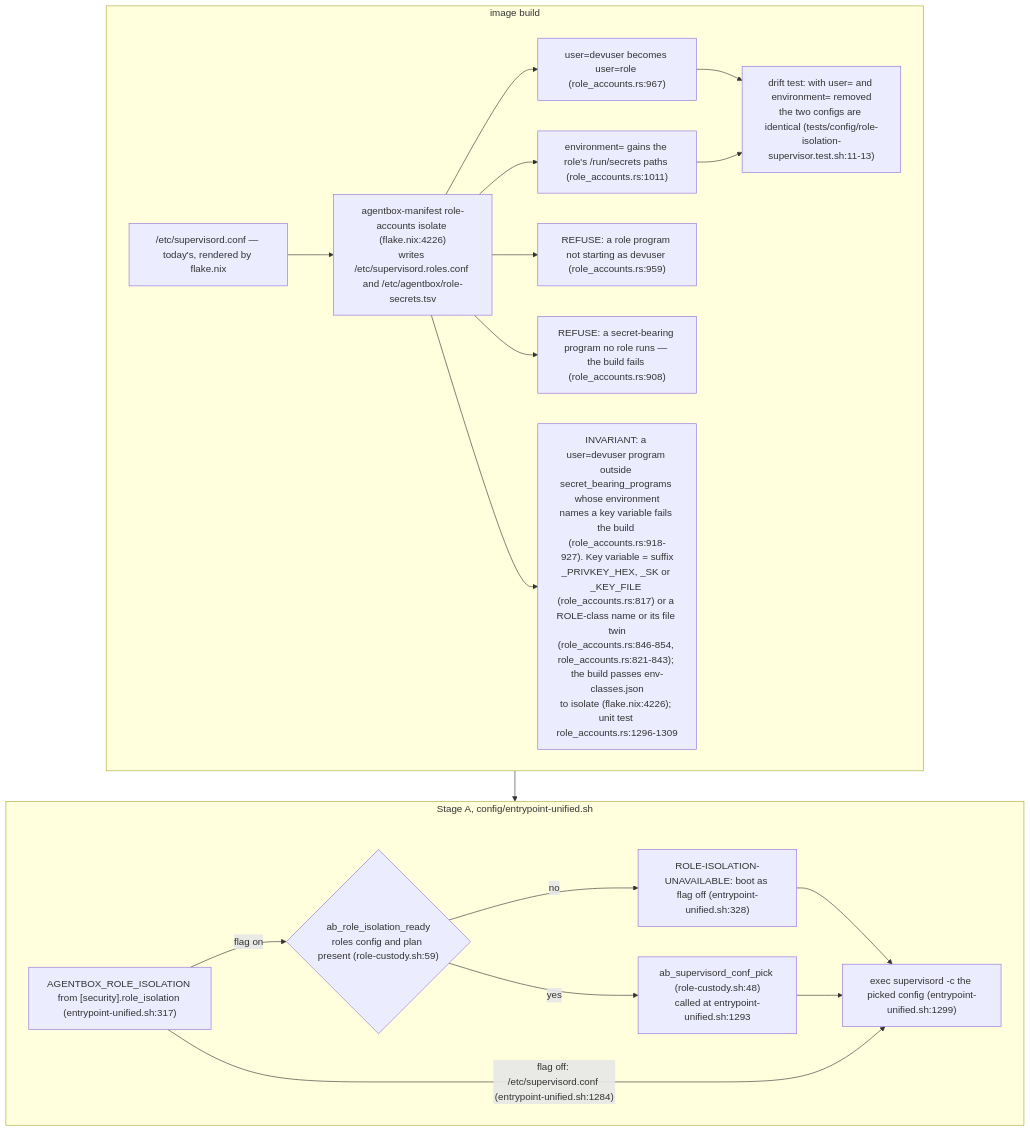
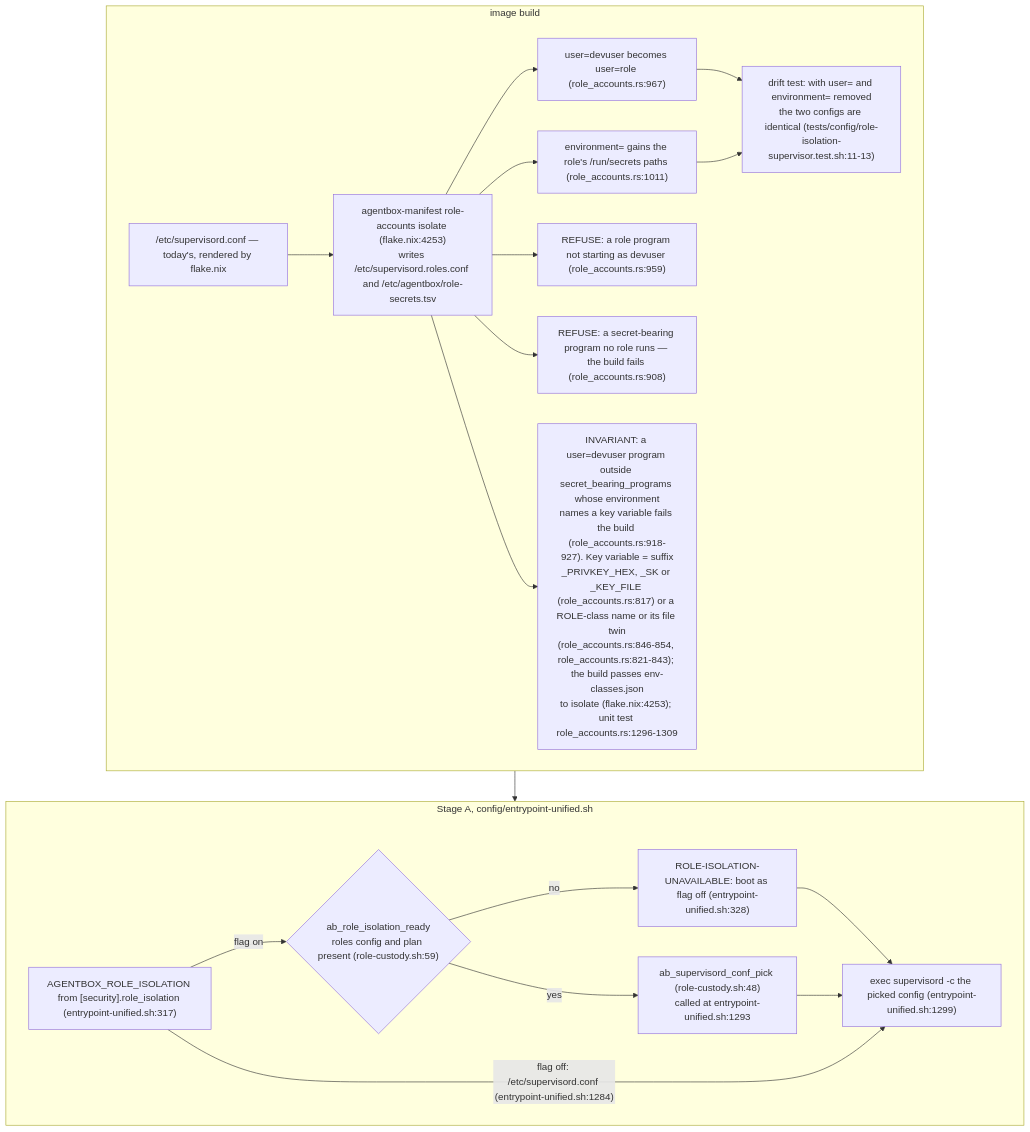
Before and after one commit to DreamLab-AI/VisionFlow: the second of 7 diagrams in docs/diagrams/agentbox/36-role-isolation-and-identity-port.md, drawn with Mermaid. The commit also changed other lines of this file and 8 other files, not shown here.

First line of the commit message:
docs(diagrams): re-verify the NIP-98 proxy topics and the custody counts at agentbox 0693c761c (VF-DIAGRAM-NIP98-DRIFT)

````diff
--- a/docs/diagrams/agentbox/36-role-isolation-and-identity-port.md
+++ b/docs/diagrams/agentbox/36-role-isolation-and-identity-port.md
@@ -91,28 +94,28 @@
 ```mermaid
 flowchart TB
     subgraph BUILD["image build"]
         TODAY["/etc/supervisord.conf — today's, rendered by flake.nix"]
-        ISO["agentbox-manifest role-accounts isolate (flake.nix:4226)<br/>writes /etc/supervisord.roles.conf and /etc/agentbox/role-secrets.tsv"]
+        ISO["agentbox-manifest role-accounts isolate (flake.nix:4253)<br/>writes /etc/supervisord.roles.conf and /etc/agentbox/role-secrets.tsv"]
         TODAY --> ISO
         ISO --> R1["user=devuser becomes user=role (role_accounts.rs:967)"]
         ISO --> R2["environment= gains the role's /run/secrets paths (role_accounts.rs:1011)"]
         ISO --> F1["REFUSE: a role program not starting as devuser (role_accounts.rs:959)"]
         ISO --> F2["REFUSE: a secret-bearing program no role runs — the build fails (role_accounts.rs:908)"]
-        ISO --> F3["INVARIANT: a user=devuser program outside secret_bearing_programs whose environment<br/>names a key variable fails the build (role_accounts.rs:918-927). Key variable = suffix<br/>_PRIVKEY_HEX, _SK or _KEY_FILE (role_accounts.rs:817) or a ROLE-class name or its file twin<br/>(role_accounts.rs:846-854, role_accounts.rs:821-843); the build passes env-classes.json<br/>to isolate (flake.nix:4226); unit test role_accounts.rs:1296-1309"]
+        ISO --> F3["INVARIANT: a user=devuser program outside secret_bearing_programs whose environment<br/>names a key variable fails the build (role_accounts.rs:918-927). Key variable = suffix<br/>_PRIVKEY_HEX, _SK or _KEY_FILE (role_accounts.rs:817) or a ROLE-class name or its file twin<br/>(role_accounts.rs:846-854, role_accounts.rs:821-843); the build passes env-classes.json<br/>to isolate (flake.nix:4253); unit test role_accounts.rs:1296-1309"]
         T["drift test: with user= and environment= removed<br/>the two configs are identical (tests/config/role-isolation-supervisor.test.sh:11-13)"]
         R1 --> T
         R2 --> T
     end
     subgraph BOOT["Stage A, config/entrypoint-unified.sh"]
         FLAG["AGENTBOX_ROLE_ISOLATION from [security].role_isolation (entrypoint-unified.sh:317)"]
         READY{"ab_role_isolation_ready<br/>roles config and plan present (role-custody.sh:59)"}
         UN["ROLE-ISOLATION-UNAVAILABLE: boot as flag off (entrypoint-unified.sh:328)"]
         PICK["ab_supervisord_conf_pick (role-custody.sh:48)<br/>called at entrypoint-unified.sh:1293"]
         EXEC["exec supervisord -c the picked config (entrypoint-unified.sh:1299)"]
         FLAG -->|"flag on"| READY
         READY -->|"no"| UN --> EXEC
         READY -->|"yes"| PICK --> EXEC
         FLAG -->|"flag off: /etc/supervisord.conf (entrypoint-unified.sh:1284)"| EXEC
     end
     BUILD --> BOOT
 ```
````
